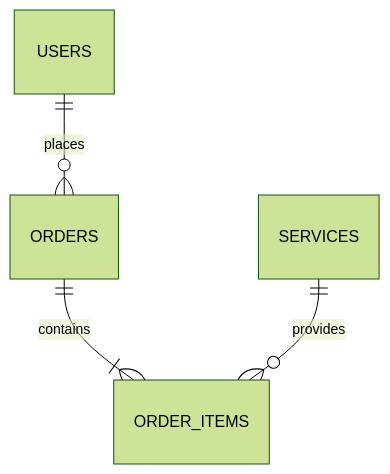
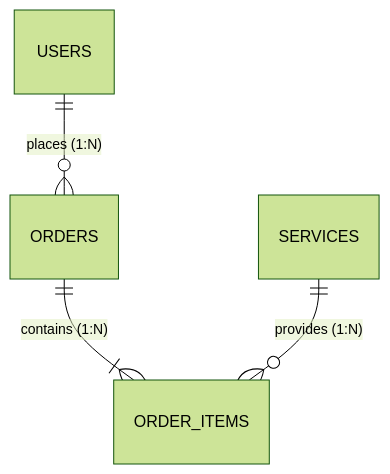
Before and after one commit to phongvu2010/AI-Vibe-Coding: the diagram in docs/specs/templates/plan_template.md, drawn with Mermaid (forest theme). The commit also changed other lines of this file and 358 other files, not shown here.

````diff
--- a/docs/specs/templates/plan_template.md
+++ b/docs/specs/templates/plan_template.md
@@ -12,6 +27,6 @@
 ```mermaid
 erDiagram
-    USERS ||--o{ ORDERS : places
-    ORDERS ||--|{ ORDER_ITEMS : contains
-    SERVICES ||--o{ ORDER_ITEMS : provides
+    USERS ||--o{ ORDERS : "places (1:N)"
+    ORDERS ||--|{ ORDER_ITEMS : "contains (1:N)"
+    SERVICES ||--o{ ORDER_ITEMS : "provides (1:N)"
 ```
````
